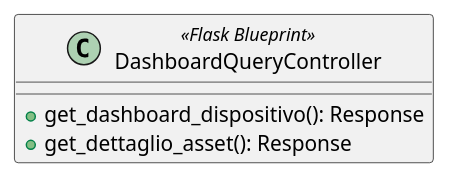
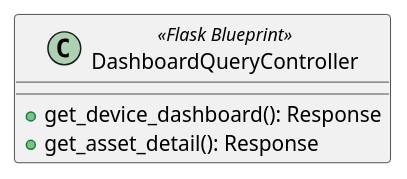
The diagram in src/PB/DocumentazioneEsterna/Specifica_Tecnica/content/uml/puml/Diagrammi_classi/Backend/InboundAdapters/QueryDashboardController.puml (GroupRubberDuck/Documentazione), drawn with PlantUML before and after one commit. The commit also changed 9 other files, not shown here.

Commit message:
fix: sistemati alcuni diagrammi

```diff
--- a/src/PB/DocumentazioneEsterna/Specifica_Tecnica/content/uml/puml/Diagrammi_classi/Backend/InboundAdapters/QueryDashboardController.puml
+++ b/src/PB/DocumentazioneEsterna/Specifica_Tecnica/content/uml/puml/Diagrammi_classi/Backend/InboundAdapters/QueryDashboardController.puml
@@ -1,8 +1,8 @@
 @startuml QueryDashboardController
 
 class DashboardQueryController <<Flask Blueprint>> {
-    + get_dashboard_dispositivo(): Response
-    + get_dettaglio_asset(): Response
+    + get_device_dashboard(): Response
+    + get_asset_detail(): Response
 }
 
 @enduml
```
